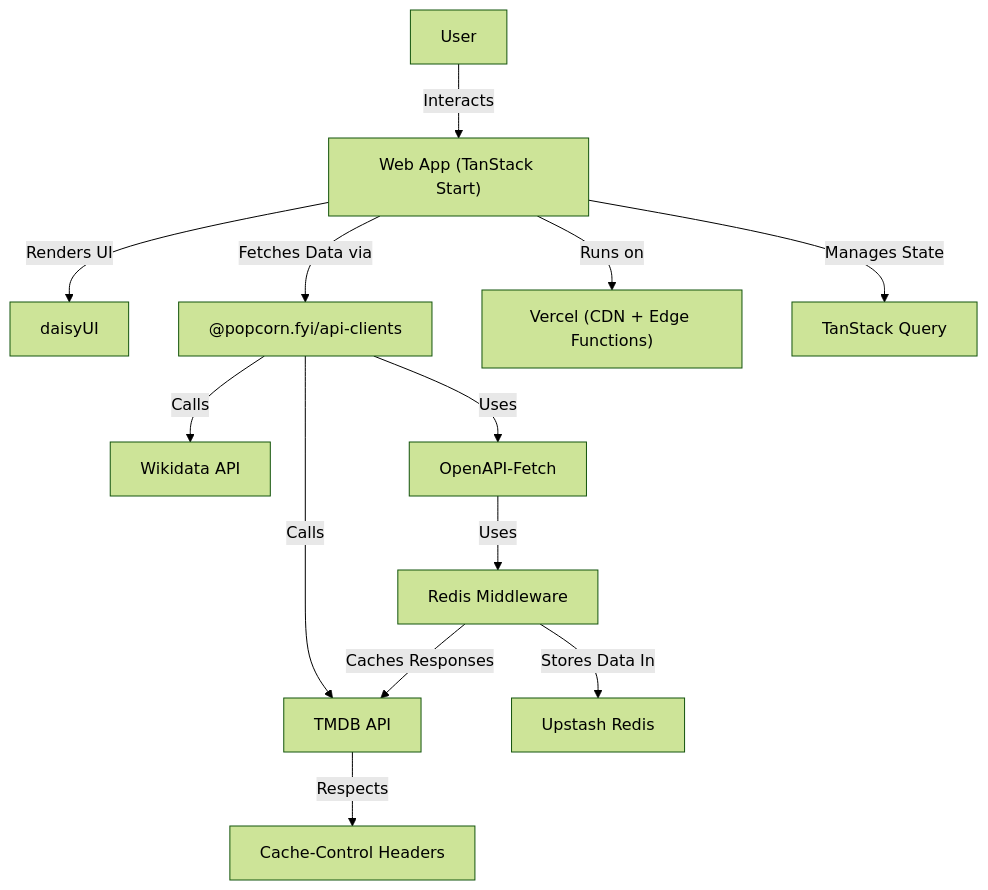
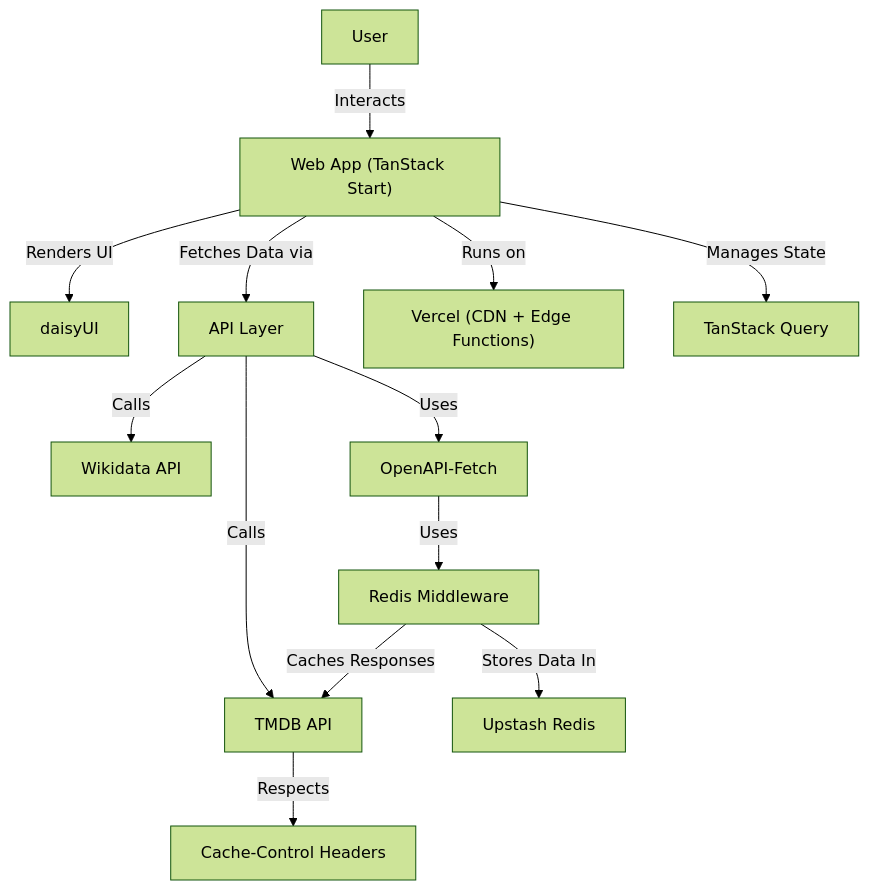
The diagram in docs/architecture.md (jimmy-guzman/popcorn.fyi), drawn with Mermaid (forest theme) before and after one commit. The commit also changed other lines of this file and 45 other files, not shown here.

Commit message:
refactor: ♻️ explode api clients into main application (#498)

````diff
--- a/docs/architecture.md
+++ b/docs/architecture.md
@@ -3,15 +3,15 @@
 ```mermaid
 graph TD;
     A[User] -->|Interacts| B["Web App (TanStack Start)"]
     B -->|Renders UI| J["daisyUI"]
-    B -->|Fetches Data via| C["@popcorn.fyi/api-clients"]
+    B -->|Fetches Data via| C["API Layer"]
     C -->|Calls| D["TMDB API"]
     C -->|Calls| E["Wikidata API"]
     C -->|Uses| F["OpenAPI-Fetch"]
     F -->|Uses| N["Redis Middleware"]
     N -->|Caches Responses| D
     N -->|Stores Data In| O["Upstash Redis"]
     D -->|Respects| M["Cache-Control Headers"]
     B -->|Runs on| H["Vercel (CDN + Edge Functions)"]
     B -->|Manages State| I["TanStack Query"]
 ```
````
